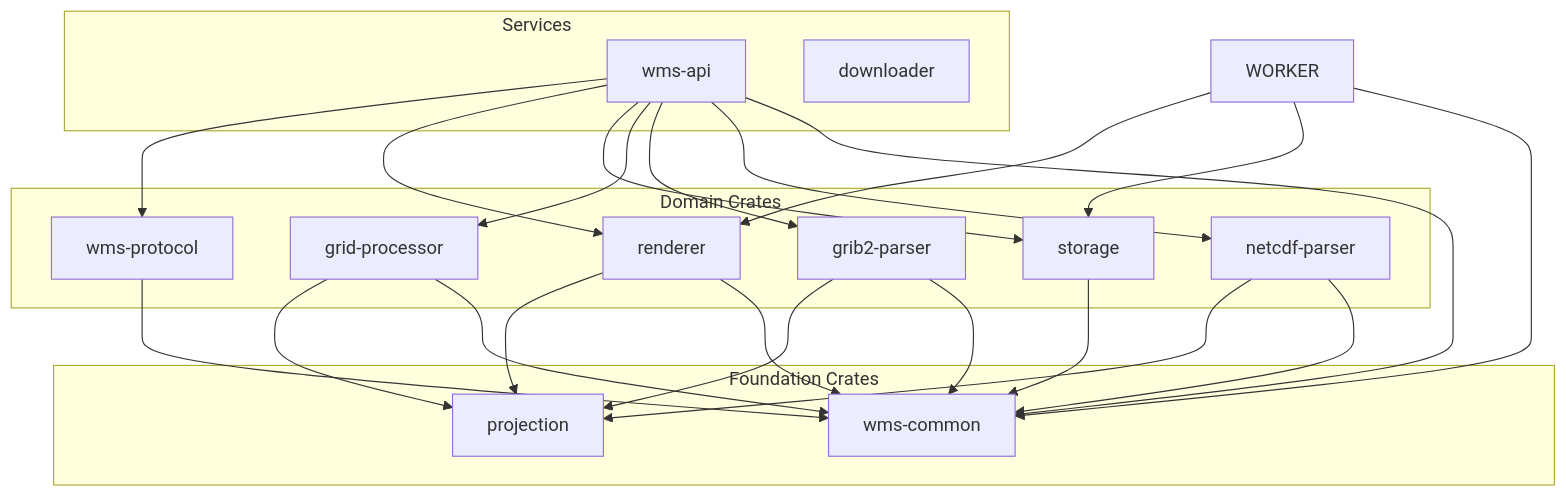
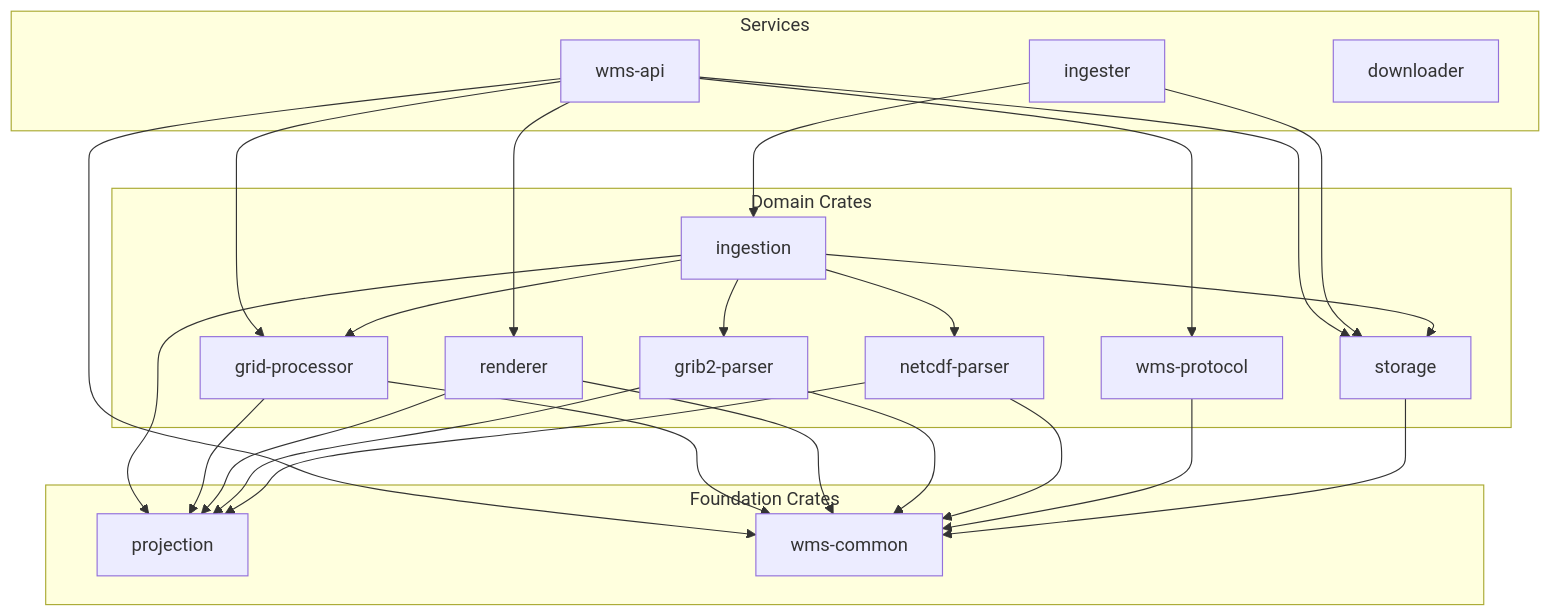
The diagram in docs/src/crates/README.md (JoegottabeGitenme/JoeGCServices), drawn with Mermaid before and after one commit. The commit also changed other lines of this file and 28 other files, not shown here.

````diff
--- a/docs/src/crates/README.md
+++ b/docs/src/crates/README.md
@@ -7,48 +7,53 @@
 ```mermaid
 graph TB
     subgraph "Services"
         API[wms-api]
+        ING[ingester]
         DL[downloader]
     end
     
     subgraph "Domain Crates"
         GRIB[grib2-parser]
         GRIDPROC[grid-processor]
         NETCDF[netcdf-parser]
         RENDERER[renderer]
         STORAGE[storage]
         PROTOCOL[wms-protocol]
+        INGESTION[ingestion]
     end
     
     subgraph "Foundation Crates"
         PROJ[projection]
         COMMON[wms-common]
     end
     
     API --> PROTOCOL
     API --> RENDERER
     API --> STORAGE
     API --> GRIDPROC
-    API --> GRIB
-    API --> NETCDF
     API --> COMMON
     
-    WORKER --> RENDERER
-    WORKER --> STORAGE
-    WORKER --> COMMON
+    ING --> INGESTION
+    ING --> STORAGE
+    
+    INGESTION --> GRIB
+    INGESTION --> NETCDF
+    INGESTION --> GRIDPROC
+    INGESTION --> STORAGE
+    INGESTION --> PROJ
     
     GRIDPROC --> PROJ
     GRIDPROC --> COMMON
     
     RENDERER --> PROJ
     RENDERER --> COMMON
     
     GRIB --> PROJ
     GRIB --> COMMON
     
     NETCDF --> PROJ
     NETCDF --> COMMON
     
     PROTOCOL --> COMMON
     STORAGE --> COMMON
 ```
````
